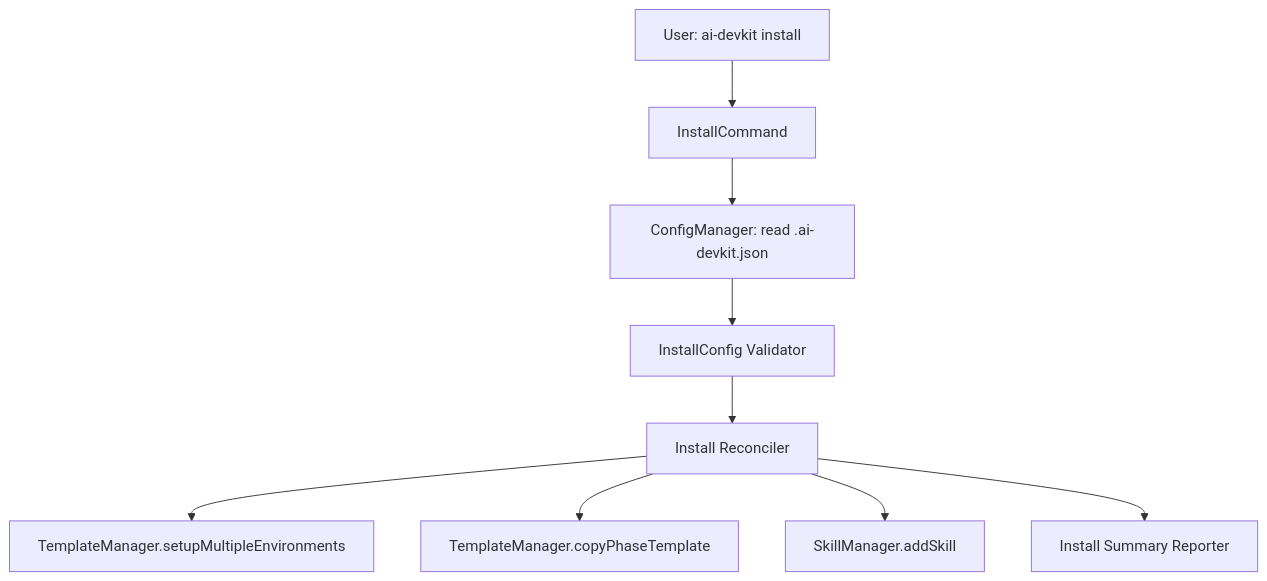
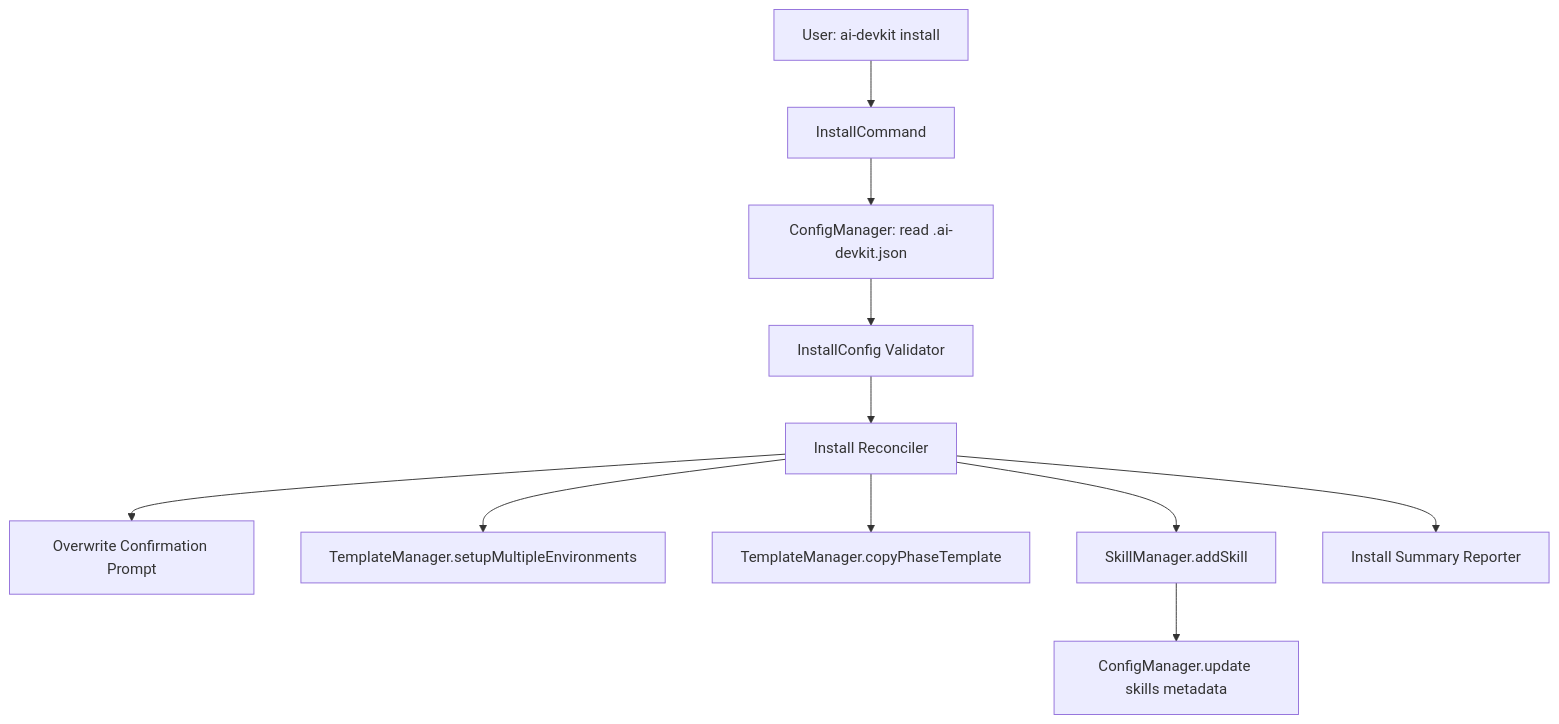
Before and after one commit to codeaholicguy/ai-devkit: the diagram in docs/ai/design/feature-install-command.md, drawn with Mermaid. The commit also changed other lines of this file and 21 other files, not shown here.

````diff
--- a/docs/ai/design/feature-install-command.md
+++ b/docs/ai/design/feature-install-command.md
@@ -14,11 +14,13 @@
 ```mermaid
 graph TD
   User[User: ai-devkit install] --> InstallCommand
   InstallCommand --> ConfigManager[ConfigManager: read .ai-devkit.json]
   ConfigManager --> Validator[InstallConfig Validator]
   Validator --> Reconciler[Install Reconciler]
+  Reconciler --> Confirmer[Overwrite Confirmation Prompt]
   Reconciler --> EnvSetup[TemplateManager.setupMultipleEnvironments]
   Reconciler --> PhaseSetup[TemplateManager.copyPhaseTemplate]
   Reconciler --> SkillSetup[SkillManager.addSkill]
+  SkillSetup --> SkillConfigSync[ConfigManager.update skills metadata]
   Reconciler --> Reporter[Install Summary Reporter]
 ```
````
